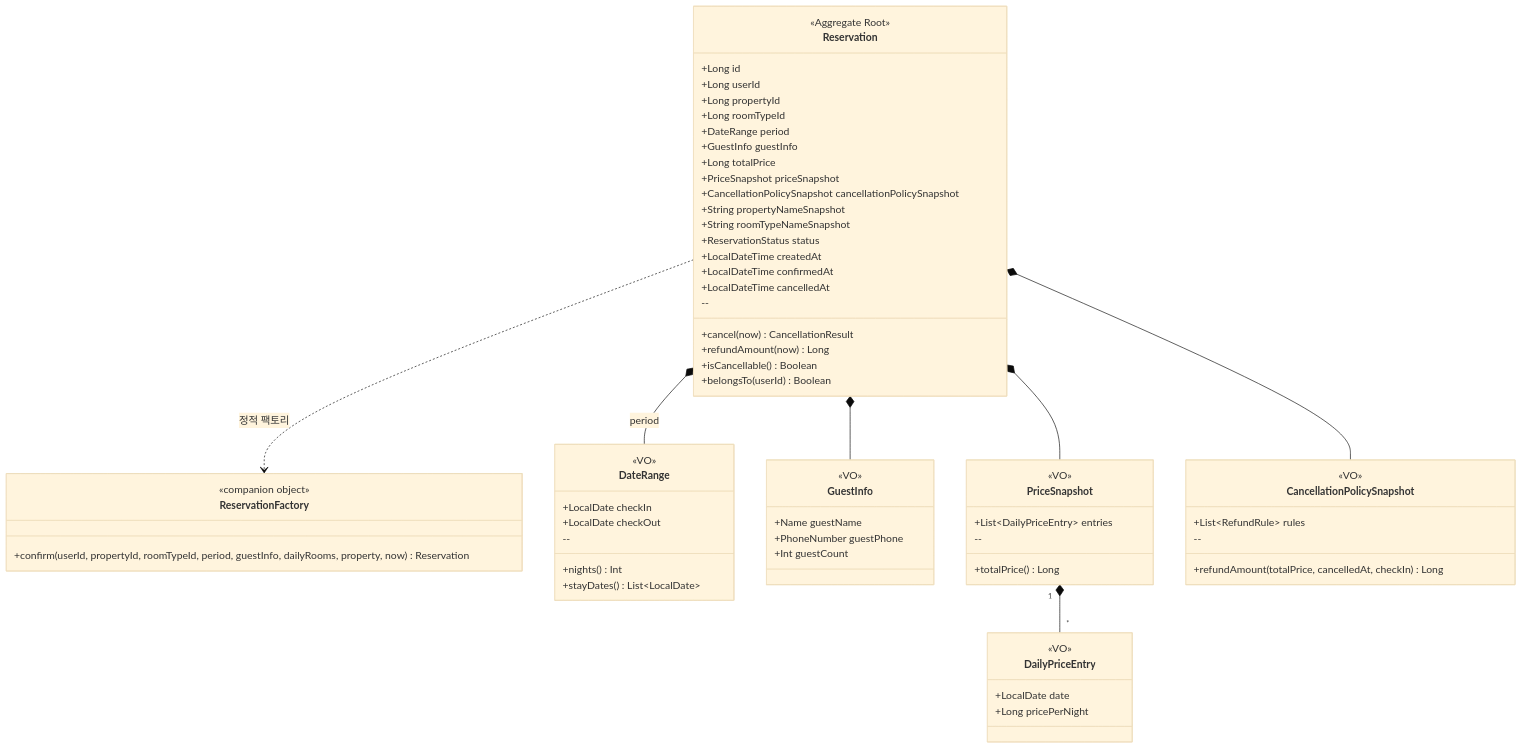
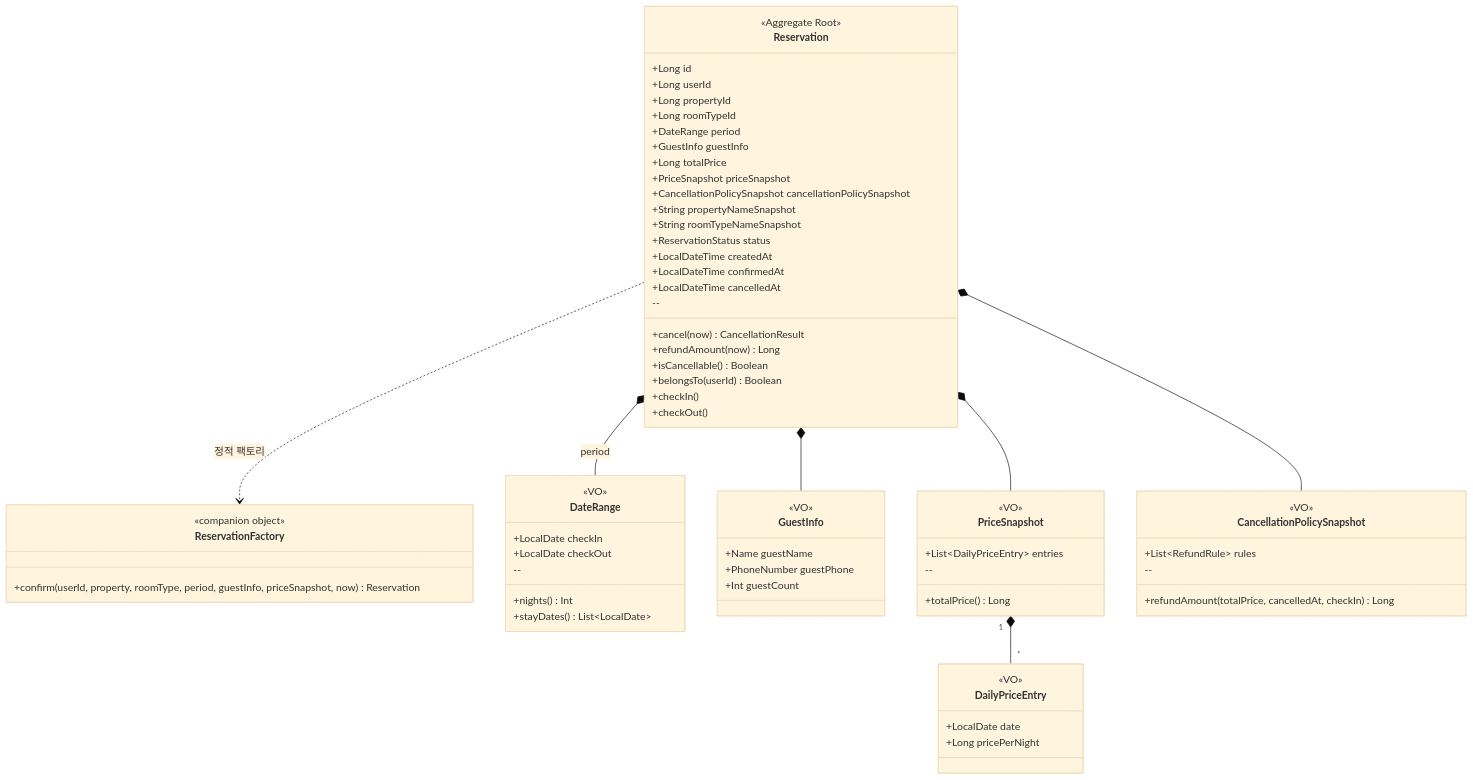
Before and after one commit to APapeIsName/stay-reservation-service: the fourth of 6 diagrams in docs/design/03-class-diagram.md, drawn with Mermaid (base theme). The commit also changed other lines of this file and 6 other files, not shown here.

````diff
--- a/docs/design/03-class-diagram.md
+++ b/docs/design/03-class-diagram.md
@@ -298,74 +316,76 @@
 ```mermaid
 classDiagram
     class Reservation {
         <<Aggregate Root>>
         +Long id
         +Long userId
         +Long propertyId
         +Long roomTypeId
         +DateRange period
         +GuestInfo guestInfo
         +Long totalPrice
         +PriceSnapshot priceSnapshot
         +CancellationPolicySnapshot cancellationPolicySnapshot
         +String propertyNameSnapshot
         +String roomTypeNameSnapshot
         +ReservationStatus status
         +LocalDateTime createdAt
         +LocalDateTime confirmedAt
         +LocalDateTime cancelledAt
         --
         +cancel(now) CancellationResult
         +refundAmount(now) Long
         +isCancellable() Boolean
         +belongsTo(userId) Boolean
+        +checkIn()
+        +checkOut()
     }
 
     class ReservationFactory {
         <<companion object>>
-        +confirm(userId, propertyId, roomTypeId, period, guestInfo, dailyRooms, property, now) Reservation
+        +confirm(userId, property, roomType, period, guestInfo, priceSnapshot, now) Reservation
     }
 
     class DateRange {
         <<VO>>
         +LocalDate checkIn
         +LocalDate checkOut
         --
         +nights() Int
         +stayDates() List~LocalDate~
     }
 
     class GuestInfo {
         <<VO>>
         +Name guestName
         +PhoneNumber guestPhone
         +Int guestCount
     }
 
     class PriceSnapshot {
         <<VO>>
         +List~DailyPriceEntry~ entries
         --
         +totalPrice() Long
     }
 
     class DailyPriceEntry {
         <<VO>>
         +LocalDate date
         +Long pricePerNight
     }
 
     class CancellationPolicySnapshot {
         <<VO>>
         +List~RefundRule~ rules
         --
         +refundAmount(totalPrice, cancelledAt, checkIn) Long
     }
 
     Reservation *-- DateRange : period
     Reservation *-- GuestInfo
     Reservation *-- PriceSnapshot
     PriceSnapshot "1" *-- "*" DailyPriceEntry
     Reservation *-- CancellationPolicySnapshot
     Reservation ..> ReservationFactory : 정적 팩토리
 ```
````
